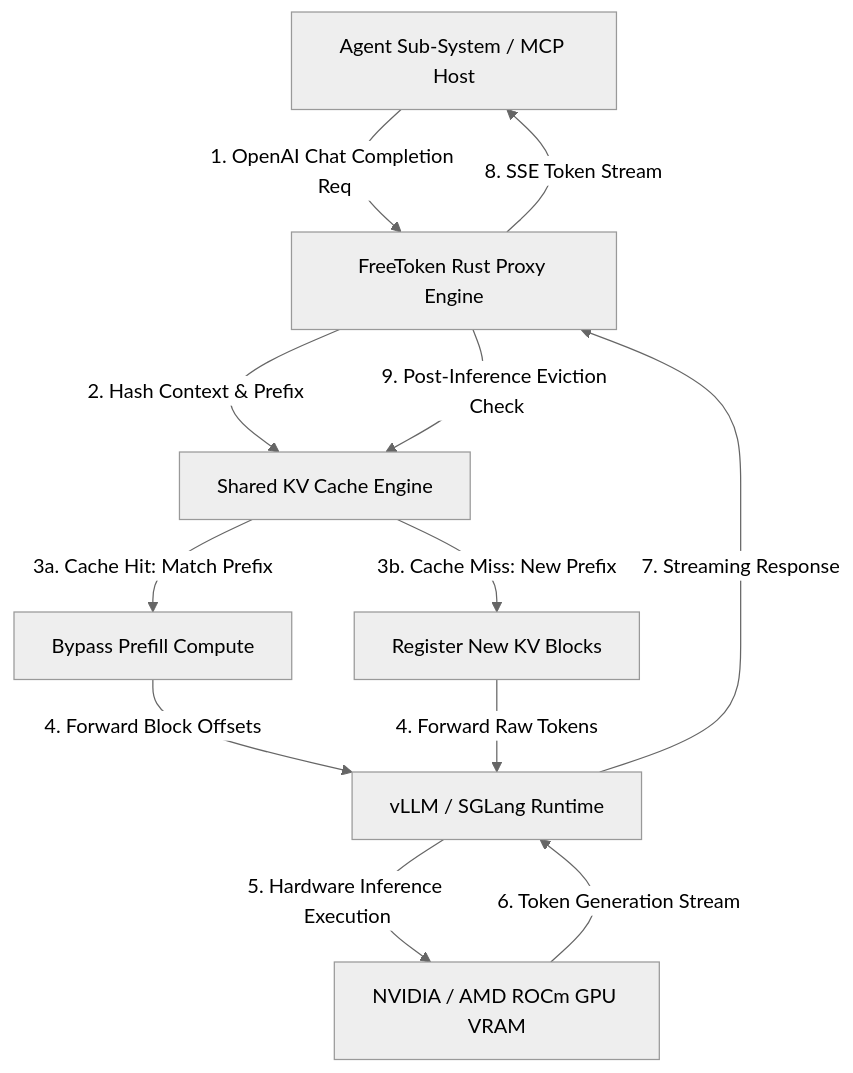
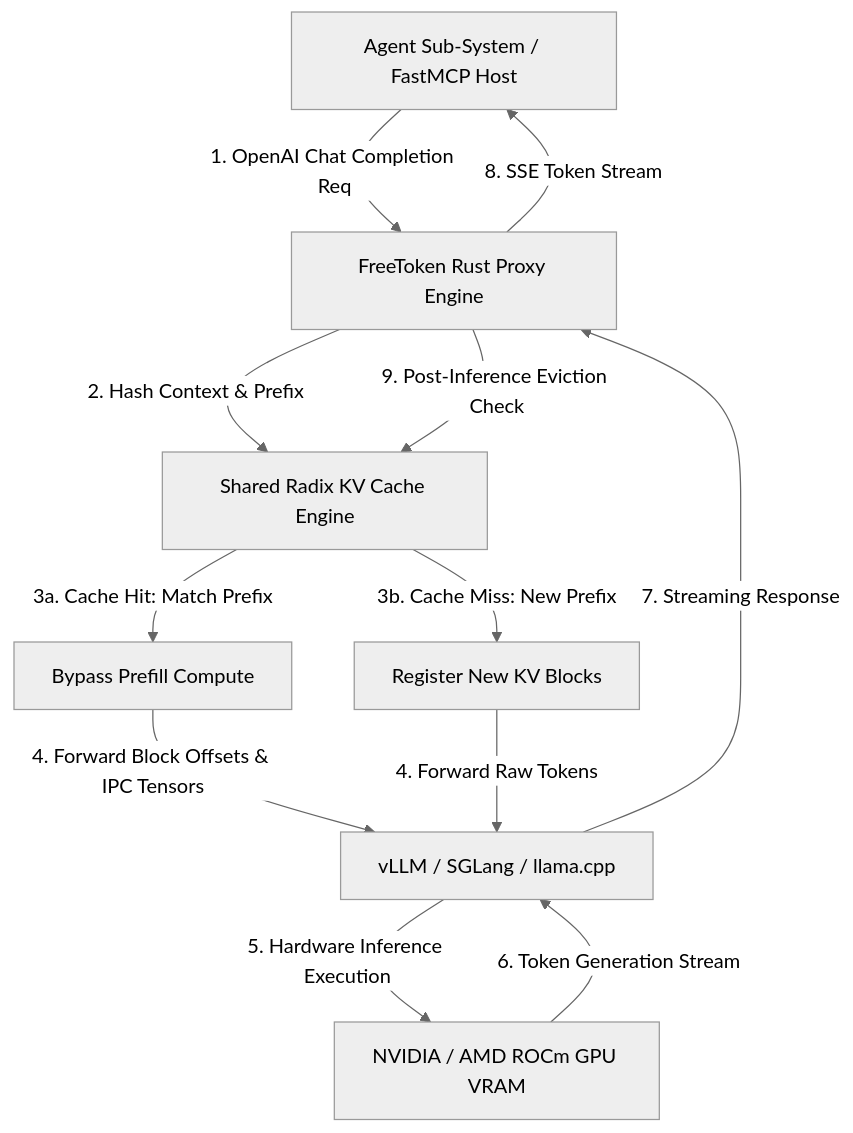
One commit to joanmarcriera/Home-office-automations changed the diagram in docs/tools/infrastructure/freetoken.md. Above: the diagram before and after it, drawn with Mermaid (neutral theme). The commit also changed other lines of this file and 5 other files, not shown here.

````diff
--- a/docs/tools/infrastructure/freetoken.md
+++ b/docs/tools/infrastructure/freetoken.md
@@ -55,20 +117,20 @@
 ```mermaid
 graph TD
-    ClientAgent[Agent Sub-System / MCP Host] -->|1. OpenAI Chat Completion Req| FreeTokenProxy[FreeToken Rust Proxy Engine]
+    ClientAgent[Agent Sub-System / FastMCP Host] -->|1. OpenAI Chat Completion Req| FreeTokenProxy[FreeToken Rust Proxy Engine]
 
-    FreeTokenProxy -->|2. Hash Context & Prefix| CacheManager[Shared KV Cache Engine]
+    FreeTokenProxy -->|2. Hash Context & Prefix| CacheManager[Shared Radix KV Cache Engine]
 
     CacheManager -->|3a. Cache Hit: Match Prefix| PrefillSkip[Bypass Prefill Compute]
     CacheManager -->|3b. Cache Miss: New Prefix| PrefillCompute[Register New KV Blocks]
 
-    PrefillSkip -->|4. Forward Block Offsets| LLMBackend[vLLM / SGLang Runtime]
+    PrefillSkip -->|4. Forward Block Offsets & IPC Tensors| LLMBackend[vLLM / SGLang / llama.cpp]
     PrefillCompute -->|4. Forward Raw Tokens| LLMBackend
 
     LLMBackend -->|5. Hardware Inference Execution| HardwareGPU[NVIDIA / AMD ROCm GPU VRAM]
 
     HardwareGPU -->|6. Token Generation Stream| LLMBackend
     LLMBackend -->|7. Streaming Response| FreeTokenProxy
     FreeTokenProxy -->|8. SSE Token Stream| ClientAgent
 
     FreeTokenProxy -->|9. Post-Inference Eviction Check| CacheManager
 ```
````
